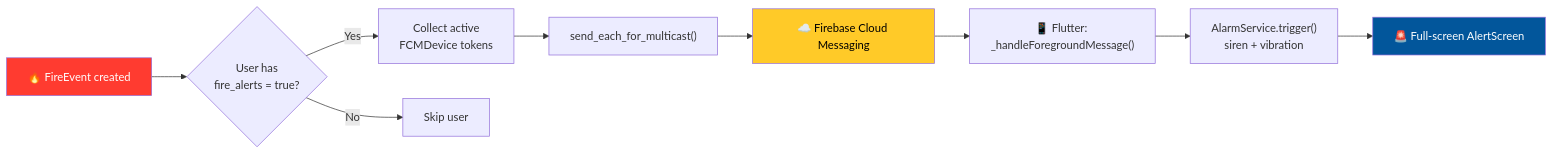
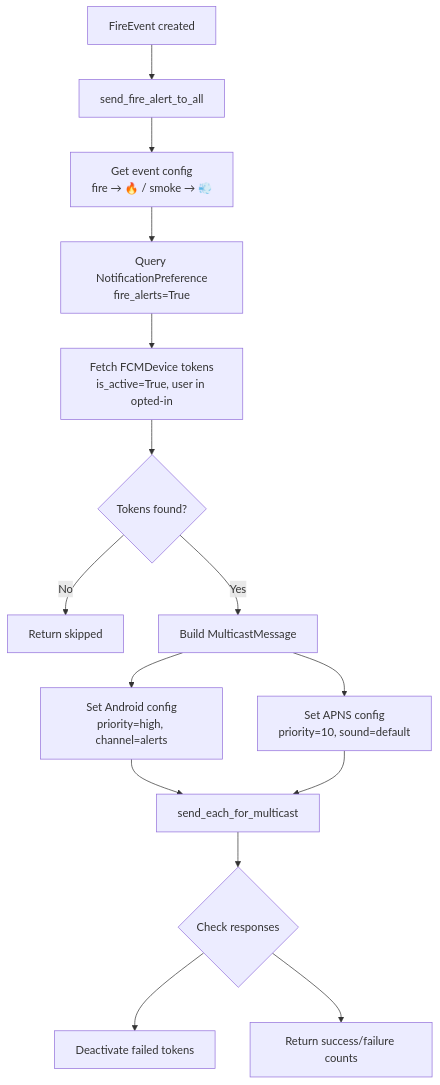
The seventh of 11 diagrams in docs/architecture.md (mostafaabdoelgohary2003AI/fireguard-graduation-project), drawn with Mermaid before and after one commit. The commit also changed other lines of this file and 31 other files, not shown here.

````diff
--- a/docs/architecture.md
+++ b/docs/architecture.md
@@ -299,15 +213,17 @@
 ```mermaid
-flowchart LR
-    A["🔥 FireEvent created"] --> B{"User has<br/>fire_alerts = true?"}
-    B -->|Yes| C["Collect active<br/>FCMDevice tokens"]
-    B -->|No| D["Skip user"]
-    C --> E["send_each_for_multicast()"]
-    E --> F["☁️ Firebase Cloud Messaging"]
-    F --> G["📱 Flutter: _handleForegroundMessage()"]
-    G --> H["AlarmService.trigger()<br/>siren + vibration"]
-    H --> I["🚨 Full-screen AlertScreen"]
-
-    style A fill:#FF3B30,color:#fff
-    style F fill:#FFCA28,color:#000
-    style I fill:#02569B,color:#fff
+flowchart TD
+    A[FireEvent created] --> B[send_fire_alert_to_all]
+    B --> C[Get event config<br/>fire → 🔥 / smoke → 💨]
+    C --> D[Query NotificationPreference<br/>fire_alerts=True]
+    D --> E[Fetch FCMDevice tokens<br/>is_active=True, user in opted-in]
+    E --> F{Tokens found?}
+    F -->|No| G[Return skipped]
+    F -->|Yes| H[Build MulticastMessage]
+    H --> I[Set Android config<br/>priority=high, channel=alerts]
+    H --> J[Set APNS config<br/>priority=10, sound=default]
+    I --> K[send_each_for_multicast]
+    J --> K
+    K --> L{Check responses}
+    L --> M[Deactivate failed tokens]
+    L --> N[Return success/failure counts]
 ```
````
